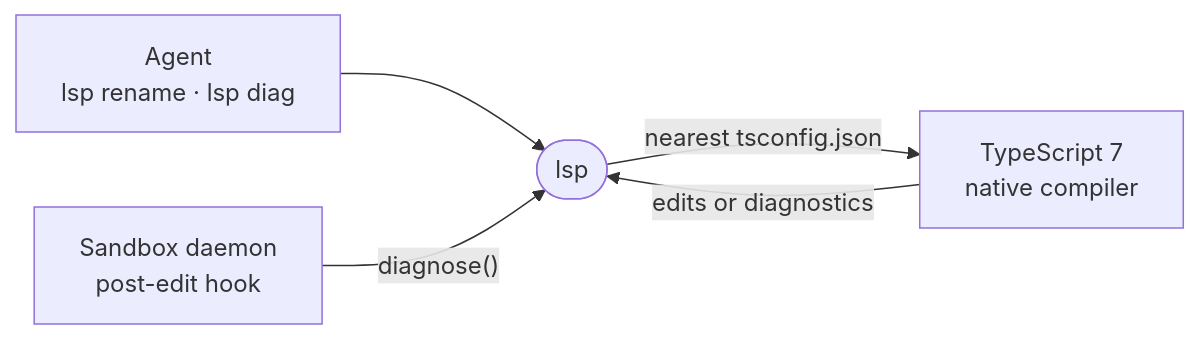
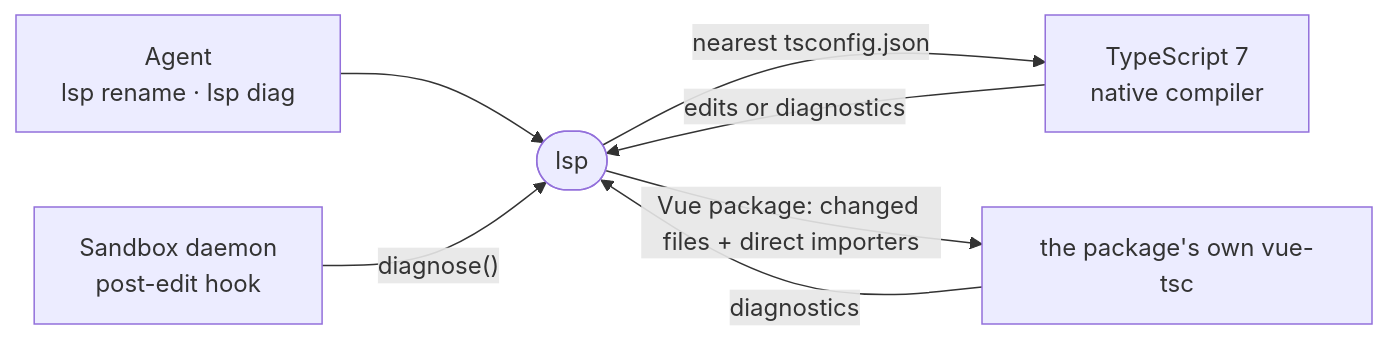
Before and after one commit to intentic/intentic: the diagram in _search/lsp/README.md, drawn with Mermaid. The commit also changed other lines of this file and 52 other files, not shown here.

````diff
--- a/_search/lsp/README.md
+++ b/_search/lsp/README.md
@@ -5,7 +5,9 @@
 ```mermaid
 flowchart LR
     agent["Agent<br/>lsp rename · lsp diag"] --> lsp(["lsp"])
     hook["Sandbox daemon<br/>post-edit hook"] -- "diagnose()" --> lsp
     lsp -- "nearest tsconfig.json" --> compiler["TypeScript 7<br/>native compiler"]
     compiler -- "edits or diagnostics" --> lsp
+    lsp -- "Vue package: changed files + direct importers" --> vuetsc["the package's own vue-tsc"]
+    vuetsc -- "diagnostics" --> lsp
 ```
````
